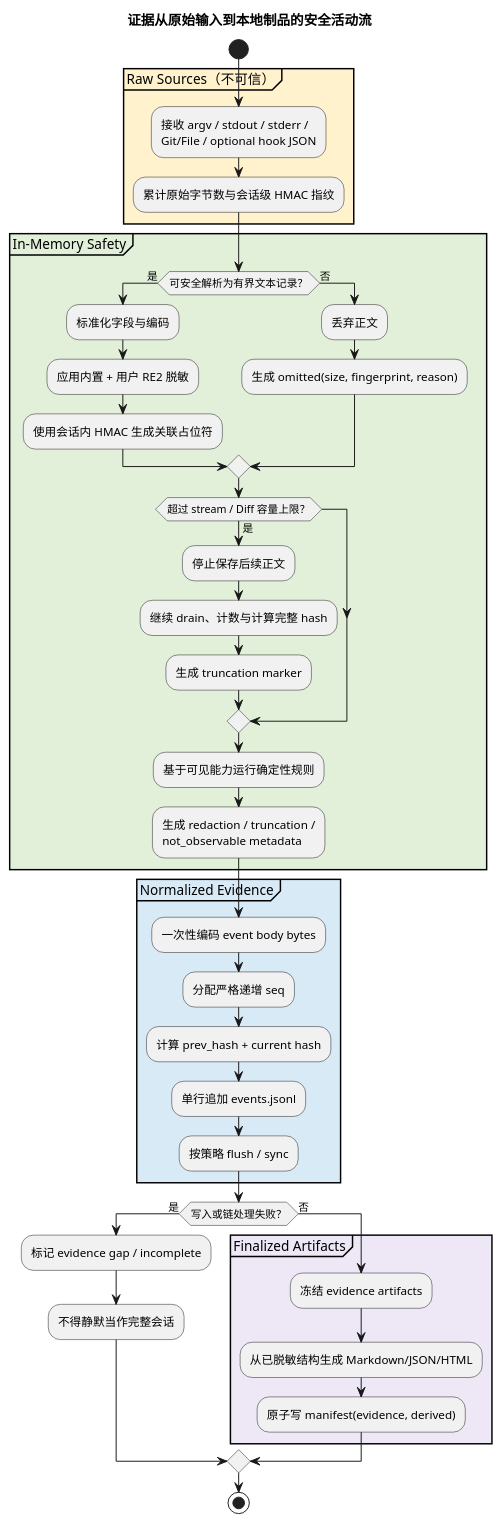
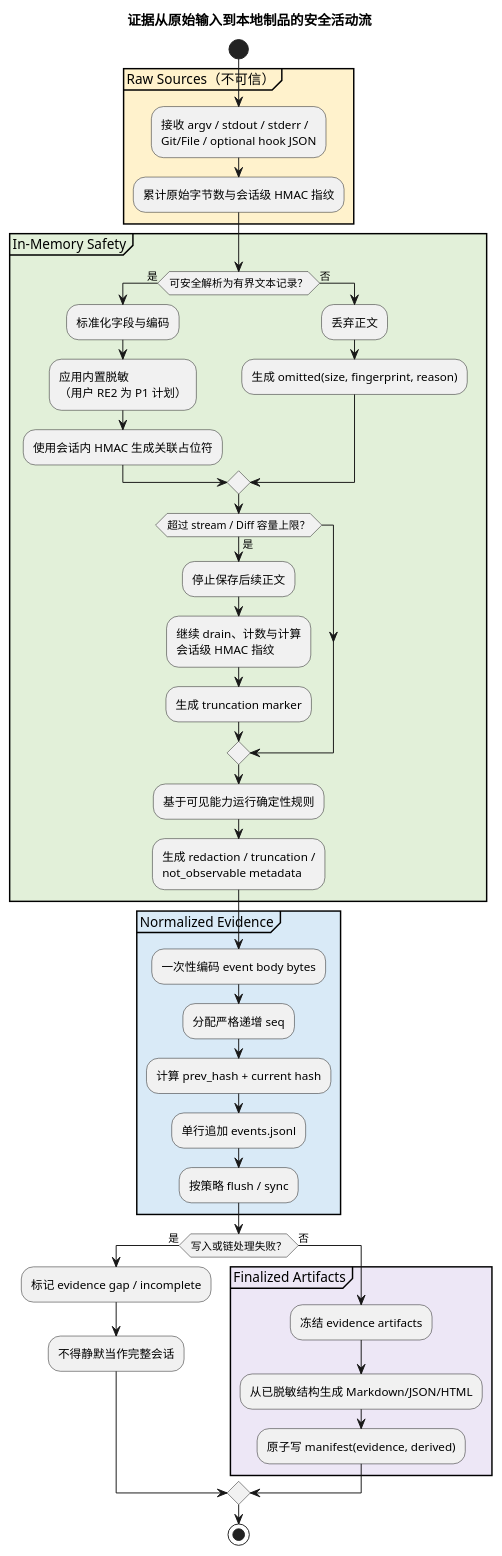
The fifth of 10 diagrams in docs/architecture.puml (liao96312/agent-flight-recorder), drawn with PlantUML before and after one commit. The commit also changed other lines of this file and 18 other files, not shown here.

```diff
--- a/docs/architecture.puml
+++ b/docs/architecture.puml
@@ -282,55 +282,55 @@
 @startuml AFR_05_Evidence_Activity
 title 证据从原始输入到本地制品的安全活动流
 
 skinparam backgroundColor #FFFFFF
 skinparam shadowing false
 skinparam defaultFontName Microsoft YaHei
 
 start
 
 partition "Raw Sources（不可信）" #FFF2CC {
   :接收 argv / stdout / stderr /\nGit/File / optional hook JSON;
   :累计原始字节数与会话级 HMAC 指纹;
 }
 
 partition "In-Memory Safety" #E2F0D9 {
   if (可安全解析为有界文本记录？) then (是)
     :标准化字段与编码;
-    :应用内置 + 用户 RE2 脱敏;
+    :应用内置脱敏\n（用户 RE2 为 P1 计划）;
     :使用会话内 HMAC 生成关联占位符;
   else (否)
     :丢弃正文;
     :生成 omitted(size, fingerprint, reason);
   endif
 
   if (超过 stream / Diff 容量上限？) then (是)
     :停止保存后续正文;
-    :继续 drain、计数与计算完整 hash;
+    :继续 drain、计数与计算\n会话级 HMAC 指纹;
     :生成 truncation marker;
   endif
 
   :基于可见能力运行确定性规则;
   :生成 redaction / truncation /\nnot_observable metadata;
 }
 
 partition "Normalized Evidence" #D9EAF7 {
   :一次性编码 event body bytes;
   :分配严格递增 seq;
   :计算 prev_hash + current hash;
   :单行追加 events.jsonl;
   :按策略 flush / sync;
 }
 
 if (写入或链处理失败？) then (是)
   :标记 evidence gap / incomplete;
   :不得静默当作完整会话;
 else (否)
   partition "Finalized Artifacts" #EDE7F6 {
     :冻结 evidence artifacts;
     :从已脱敏结构生成 Markdown/JSON/HTML;
     :原子写 manifest(evidence, derived);
   }
 endif
 
 stop
 @enduml
```
